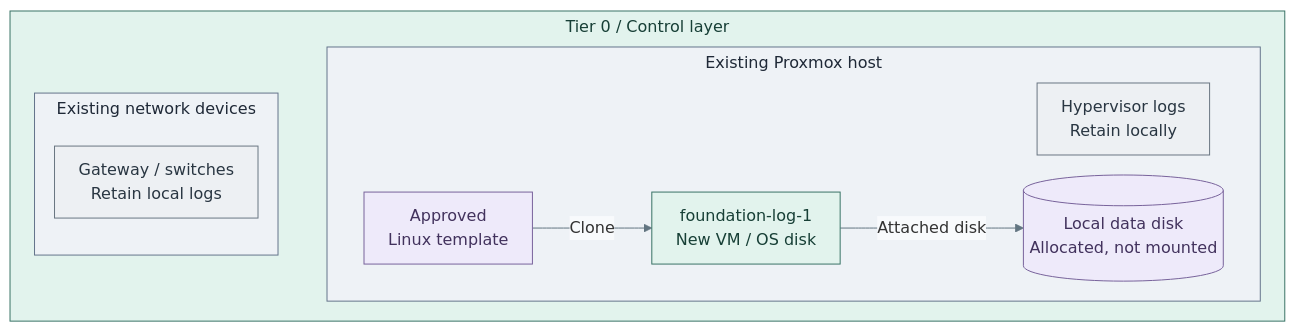
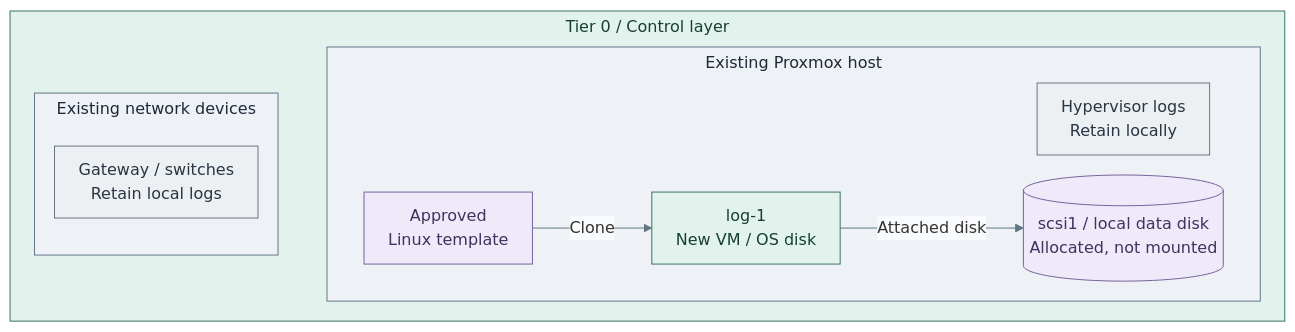
Before and after one commit to Rexus/homelab: the first of 3 diagrams in docs/deployment/stage-1-logging/README.md, drawn with Mermaid. The commit also changed other lines of this file and 60 other files, not shown here.

Commit message:
docs(diagrams): align architecture and deployment views with IaC

````diff
--- a/docs/deployment/stage-1-logging/README.md
+++ b/docs/deployment/stage-1-logging/README.md
@@ -31,29 +31,29 @@
 ```mermaid
 %%{init: {"theme":"base","flowchart":{"nodeSpacing":20,"rankSpacing":24,"padding":12,"subGraphTitleMargin":{"top":4,"bottom":12}},"themeVariables":{"lineColor":"#627581","edgeLabelBackground":"#f8fafc"}}}%%
 flowchart LR
   subgraph T0["Tier 0 / Control layer"]
     direction LR
     subgraph Infrastructure["Existing network devices"]
       Devices["Gateway / switches<br/>Retain local logs"]
     end
     subgraph PVE["Existing Proxmox host"]
       direction LR
       Host["Hypervisor logs<br/>Retain locally"]
       Template["Approved<br/>Linux template"]
-      VM["foundation-log-1<br/>New VM / OS disk"]
-      Data[("Local data disk<br/>Allocated, not mounted")]
+      VM["log-1<br/>New VM / OS disk"]
+      Data[("scsi1 / local data disk<br/>Allocated, not mounted")]
       Template -->|Clone| VM
       VM -->|Attached disk| Data
     end
     Infrastructure ~~~ PVE
   end
   classDef default fill:#f8fafc,stroke:#64748b,color:#1f2937
   classDef boundary fill:#eef2f6,stroke:#64748b,color:#1f2937
   classDef data fill:#eeeafa,stroke:#78639b,color:#42325d
   classDef control fill:#e2f3ed,stroke:#397366,color:#173f36
   classDef actor fill:#edf0f3,stroke:#697682,color:#293642
   class Infrastructure,PVE boundary
   class Template,Data data
   class T0,VM control
   class Devices,Host actor
 ```
````
